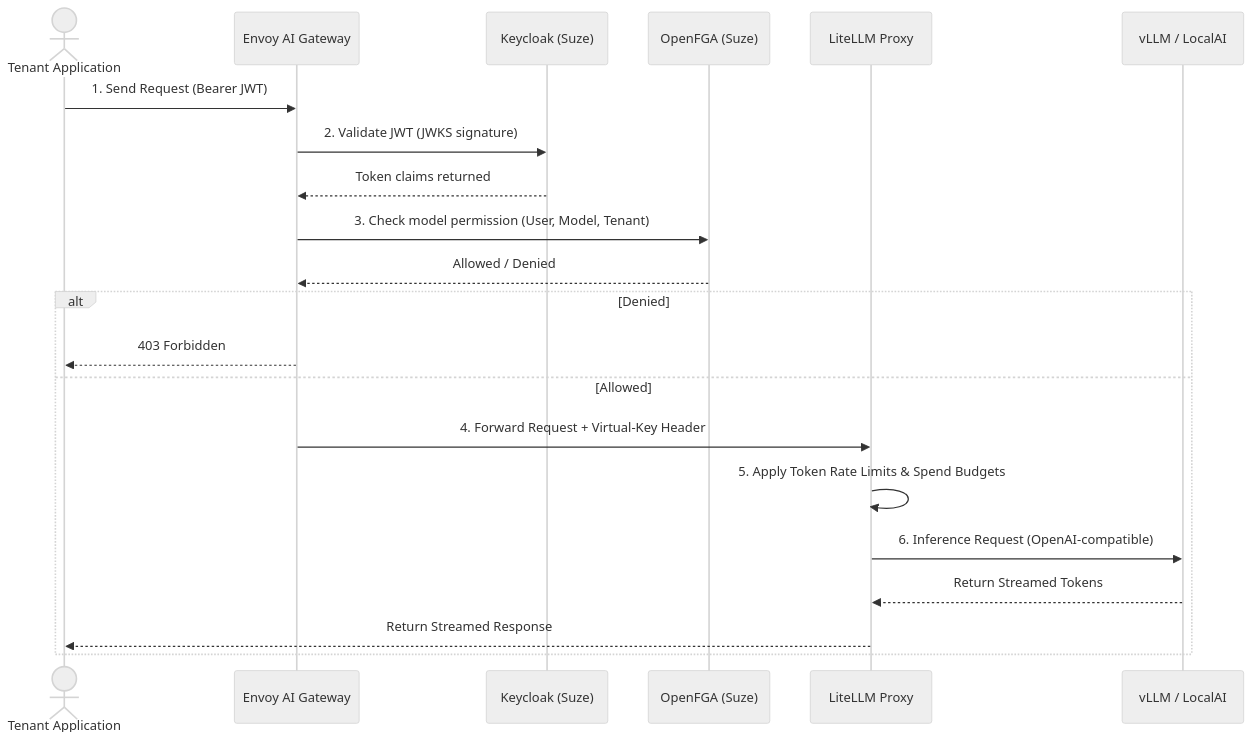
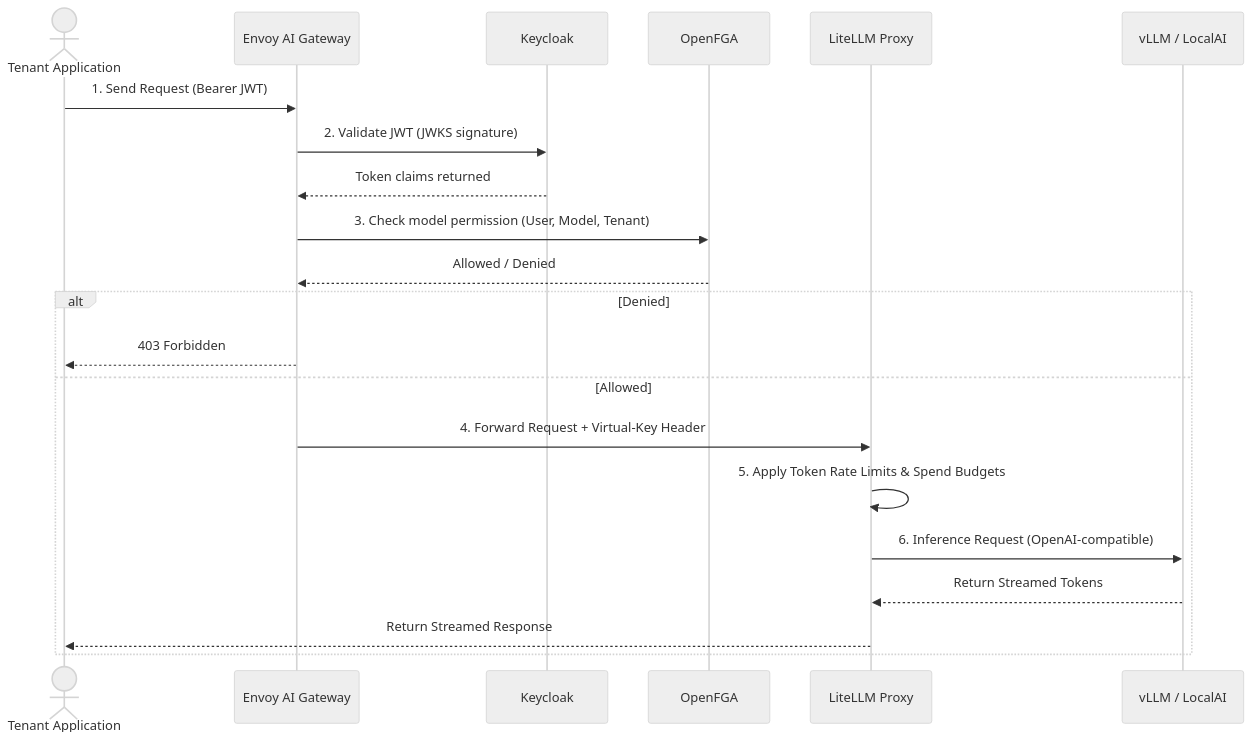
One commit to gentian-org/gentian-os changed the second of 2 diagrams in docs/design/llms.md. Above: the diagram before and after it, drawn with Mermaid (neutral theme). The commit also changed other lines of this file and 6 other files, not shown here.

First line of the commit message:
The documents name Keycloak and OpenFGA, not Suze

````diff
--- a/docs/design/llms.md
+++ b/docs/design/llms.md
@@ -110,25 +110,25 @@
 ```mermaid
 sequenceDiagram
     actor App as Tenant Application
     participant EAG as Envoy AI Gateway
-    participant KC as Keycloak (Suze)
-    participant OFG as OpenFGA (Suze)
+    participant KC as Keycloak
+    participant OFG as OpenFGA
     participant LLP as LiteLLM Proxy
     participant Backend as vLLM / LocalAI
 
     App->>EAG: 1. Send Request (Bearer JWT)
     EAG->>KC: 2. Validate JWT (JWKS signature)
     KC-->>EAG: Token claims returned
     EAG->>OFG: 3. Check model permission (User, Model, Tenant)
     OFG-->>EAG: Allowed / Denied
 
     alt Denied
         EAG-->>App: 403 Forbidden
     else Allowed
         EAG->>LLP: 4. Forward Request + Virtual-Key Header
         LLP->>LLP: 5. Apply Token Rate Limits & Spend Budgets
         LLP->>Backend: 6. Inference Request (OpenAI-compatible)
         Backend-->>LLP: Return Streamed Tokens
         LLP-->>App: Return Streamed Response
     end
 ```
````
